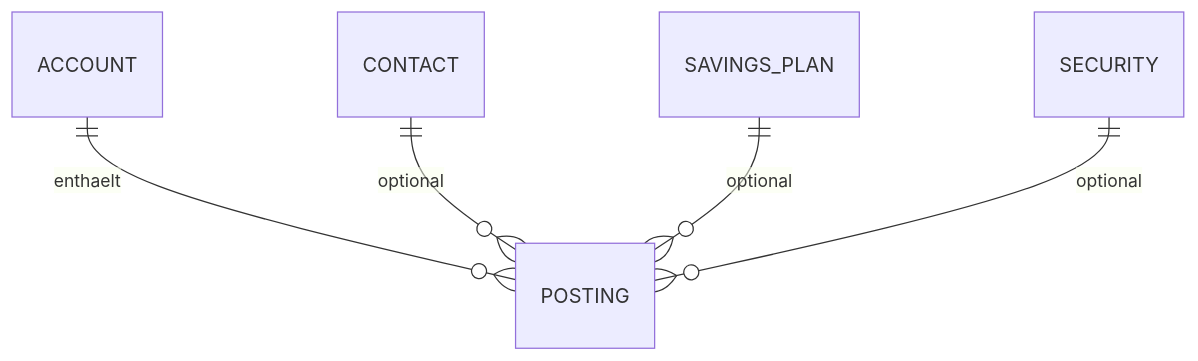
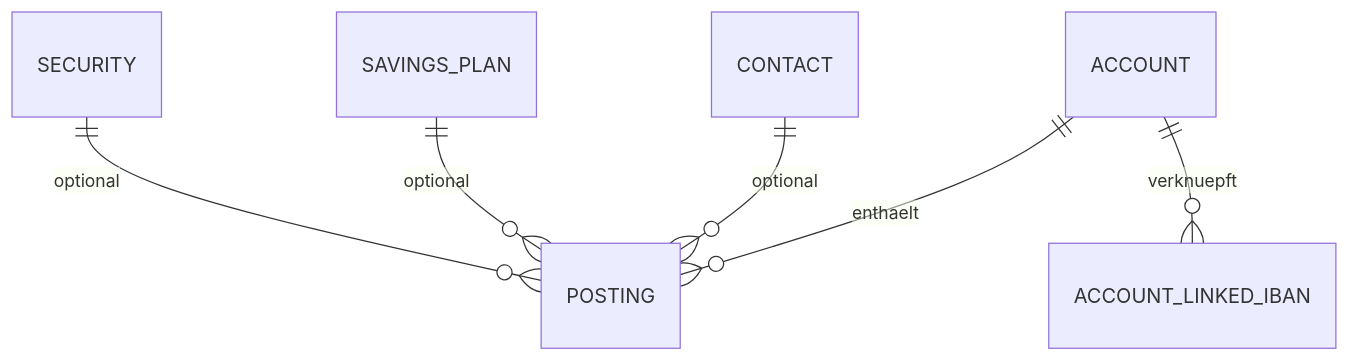
Before and after one commit to martin-stromberg/FinanceManager: the diagram in Docs/help/konten-und-buchungen/datenmodell.md, drawn with Mermaid. The commit also changed other lines of this file and 61 other files, not shown here.

````diff
--- a/Docs/help/konten-und-buchungen/datenmodell.md
+++ b/Docs/help/konten-und-buchungen/datenmodell.md
@@ -42,7 +52,8 @@
 ```mermaid
 erDiagram
     ACCOUNT ||--o{ POSTING : "enthaelt"
+    ACCOUNT ||--o{ ACCOUNT_LINKED_IBAN : "verknuepft"
     CONTACT ||--o{ POSTING : "optional"
     SAVINGS_PLAN ||--o{ POSTING : "optional"
     SECURITY ||--o{ POSTING : "optional"
 ```
````
